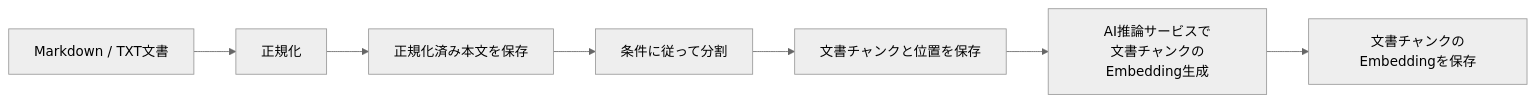
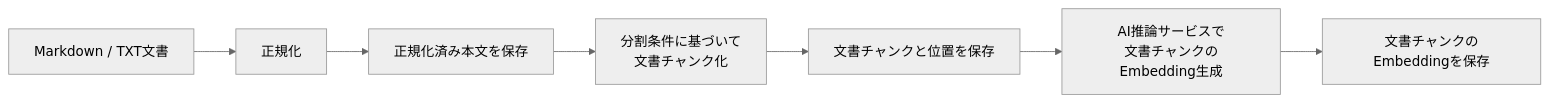
Before and after one commit to takashit16833/RAGScope: the third of 6 diagrams in project-docs/design/システムアーキテクチャ.md, drawn with Mermaid (neutral theme). The commit also changed other lines of this file and 2 other files, not shown here.

Commit message:
refactor system architecture and documentation guidelines

````diff
--- a/project-docs/design/システムアーキテクチャ.md
+++ b/project-docs/design/システムアーキテクチャ.md
@@ -266,9 +262,9 @@
 ```mermaid
 flowchart LR
     Source["Markdown / TXT文書"] --> Normalize["正規化"]
     Normalize --> StoreDocument["正規化済み本文を保存"]
-    StoreDocument --> Chunk["条件に従って分割"]
+    StoreDocument --> Chunk["分割条件に基づいて<br>文書チャンク化"]
     Chunk --> StoreChunk["文書チャンクと位置を保存"]
     StoreChunk --> Embed["AI推論サービスで<br>文書チャンクのEmbedding生成"]
     Embed --> StoreEmbedding["文書チャンクのEmbeddingを保存"]
 ```
````
